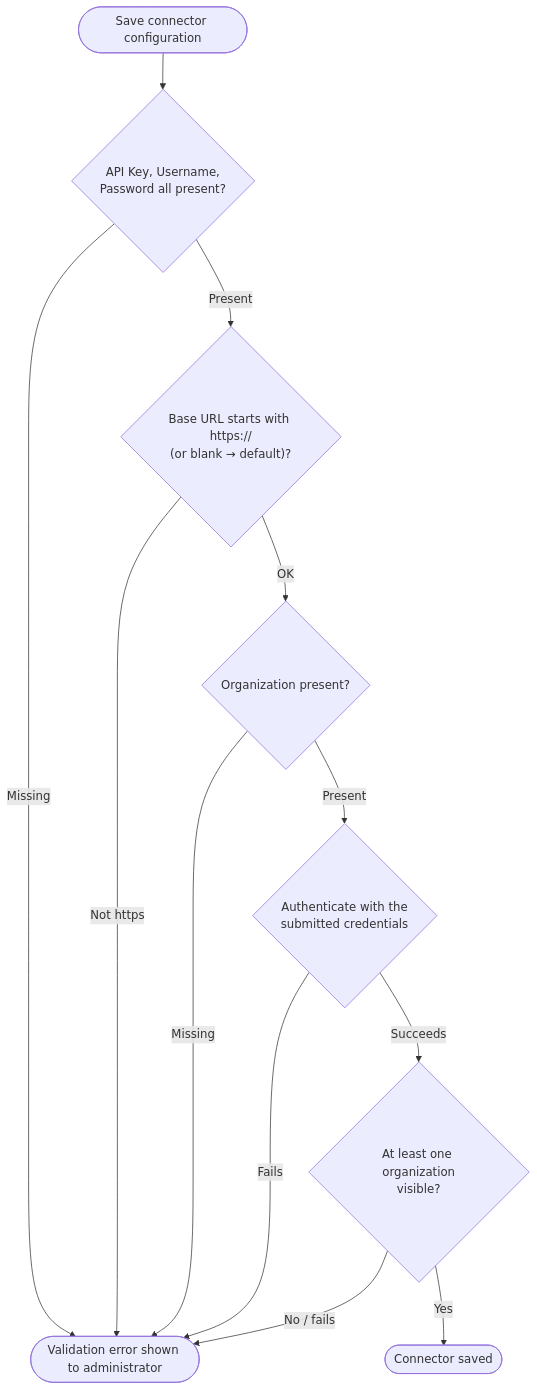
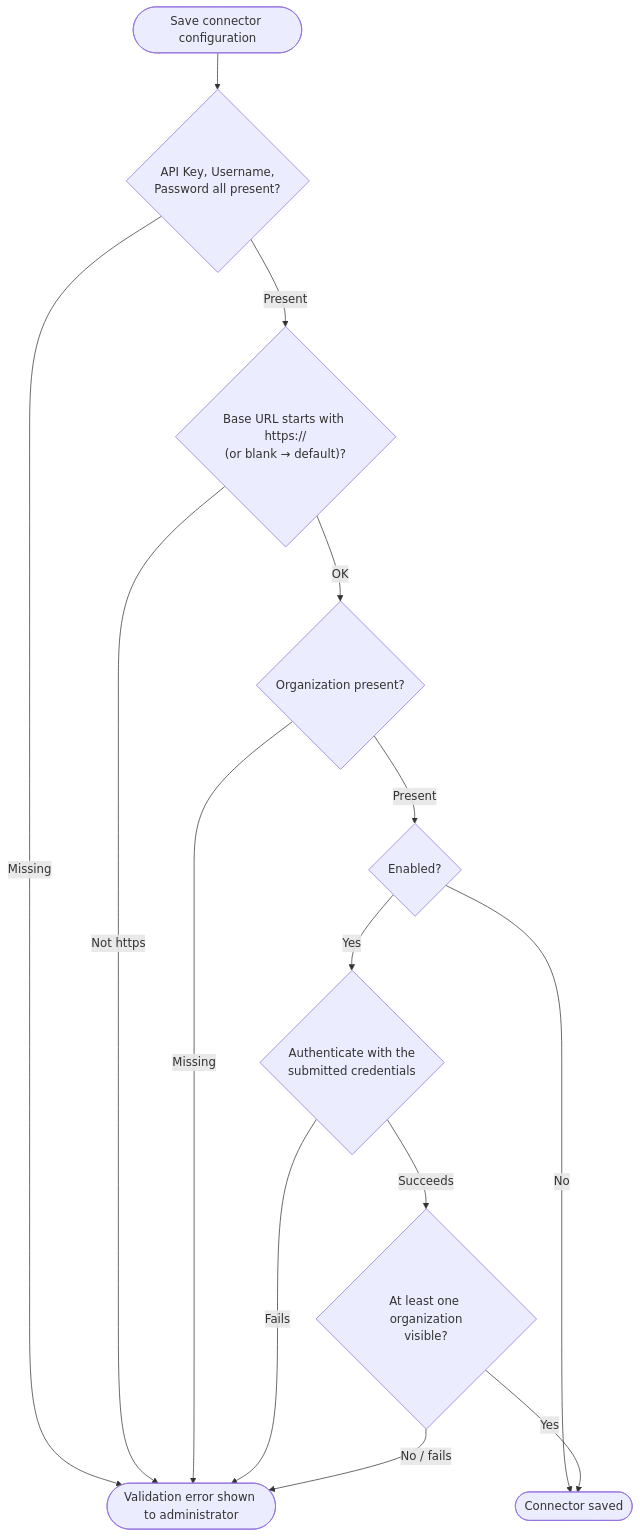
The fourth of 4 diagrams in docsource/configuration.md (Keyfactor/markmonitor-caplugin), drawn with Mermaid before and after one commit. The commit also changed other lines of this file and 11 other files, not shown here.

````diff
--- a/docsource/configuration.md
+++ b/docsource/configuration.md
@@ -326,14 +329,16 @@
 ```mermaid
 flowchart TD
     A([Save connector configuration]) --> B{"API Key, Username,<br/>Password all present?"}
     B -- Missing --> E([Validation error shown to administrator])
     B -- Present --> C{"Base URL starts with https://<br/>(or blank → default)?"}
     C -- Not https --> E
     C -- OK --> D{"Organization present?"}
     D -- Missing --> E
-    D -- Present --> G{"Authenticate with the<br/>submitted credentials"}
+    D -- Present --> N{"Enabled?"}
+    N -- No --> F([Connector saved])
+    N -- Yes --> G{"Authenticate with the<br/>submitted credentials"}
     G -- Fails --> E
     G -- Succeeds --> H{"At least one organization<br/>visible?"}
     H -- No / fails --> E
-    H -- Yes --> F([Connector saved])
+    H -- Yes --> F
 ```
````
